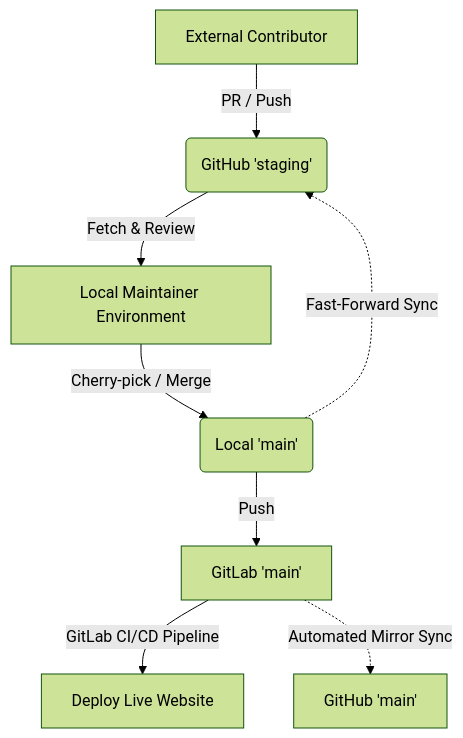
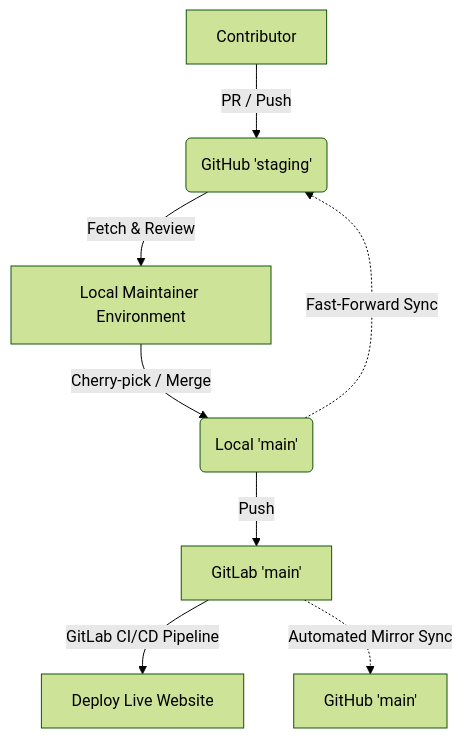
The diagram in DEVELOPERS.md (TasnimOy/ioer-conference-2026-haclathon), drawn with Mermaid before and after one commit. The commit also changed 1 other file, not shown here.

Commit message:
style: adjust table colors, mermaid size

````diff
--- a/DEVELOPERS.md
+++ b/DEVELOPERS.md
@@ -54,11 +54,11 @@
 ```mermaid 
 %%{init: { 'theme':'forest', 'securityLevel': 'loose', 'sequence': {'useMaxWidth':false} } }%%
 flowchart TD
-   A[External Contributor] -->|PR / Push| B(GitHub 'staging')
+   A[Contributor] -->|PR / Push| B(GitHub 'staging')
    B -->|Fetch & Review| C[Local Maintainer Environment]
    C -->|Cherry-pick / Merge| D(Local 'main')
    D -->|Push| E[GitLab 'main']
    E -->|GitLab CI/CD Pipeline| F[Deploy Live Website]
    E -.->|Automated Mirror Sync| G[GitHub 'main']
    D -.->|Fast-Forward Sync| B
 ```
````
